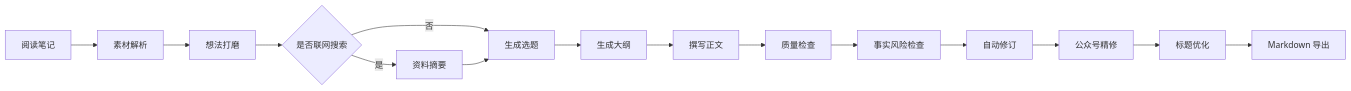
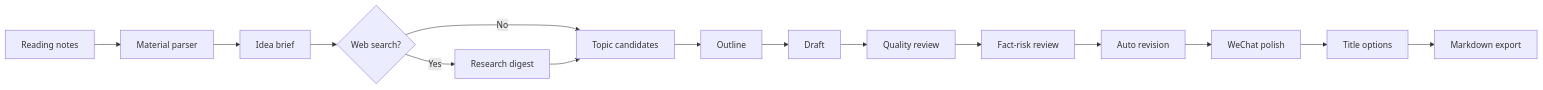
Before and after one commit to yuzhao6chen/NoteForge-AI: the first of 2 diagrams in README.md, drawn with Mermaid. The commit also changed other lines of this file and 18 other files, not shown here.

````diff
--- a/README.md
+++ b/README.md
@@ -50,17 +53,17 @@
 ```mermaid
 flowchart LR
-  A[阅读笔记] --> B[素材解析]
-  B --> C[想法打磨]
-  C --> D{是否联网搜索}
-  D -->|是| E[资料摘要]
-  D -->|否| F[生成选题]
+  A[Reading notes] --> B[Material parser]
+  B --> C[Idea brief]
+  C --> D{Web search?}
+  D -->|Yes| E[Research digest]
+  D -->|No| F[Topic candidates]
   E --> F
-  F --> G[生成大纲]
-  G --> H[撰写正文]
-  H --> I[质量检查]
-  I --> J[事实风险检查]
-  J --> K[自动修订]
-  K --> L[公众号精修]
-  L --> M[标题优化]
-  M --> N[Markdown 导出]
+  F --> G[Outline]
+  G --> H[Draft]
+  H --> I[Quality review]
+  I --> J[Fact-risk review]
+  J --> K[Auto revision]
+  K --> L[WeChat polish]
+  L --> M[Title options]
+  M --> N[Markdown export]
 ```
````
